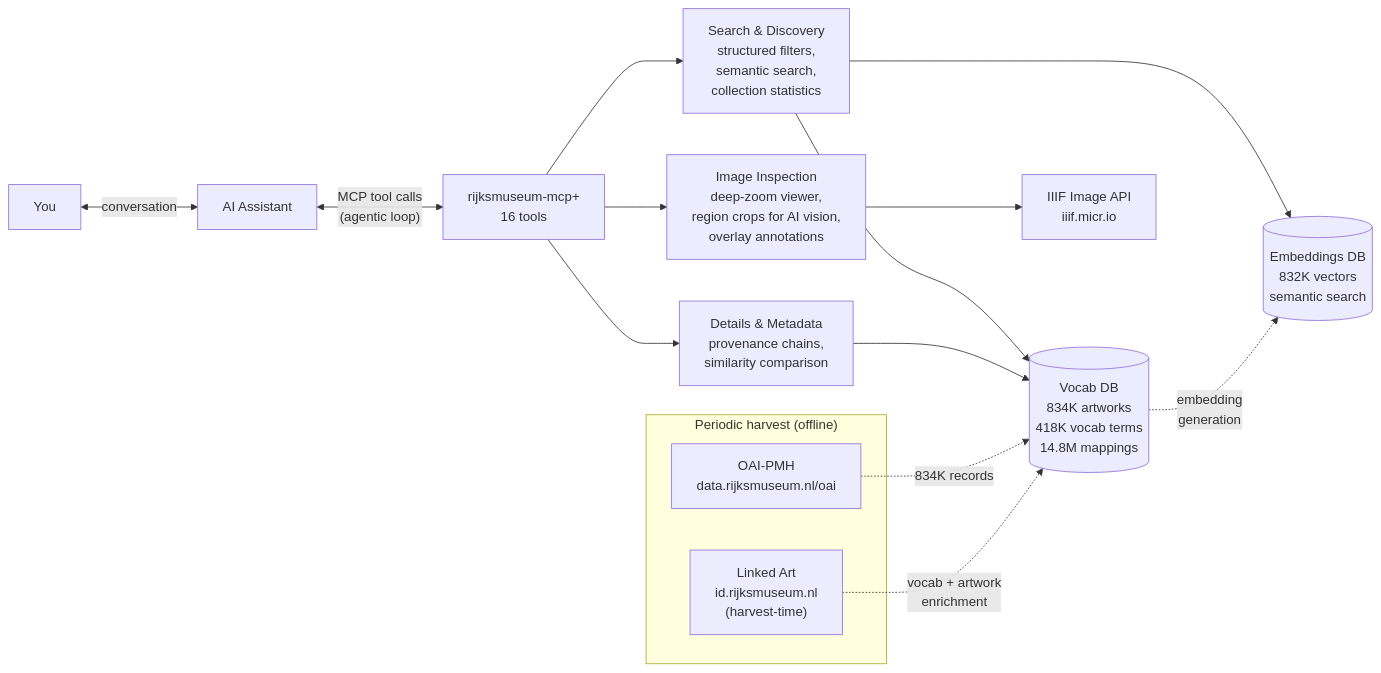
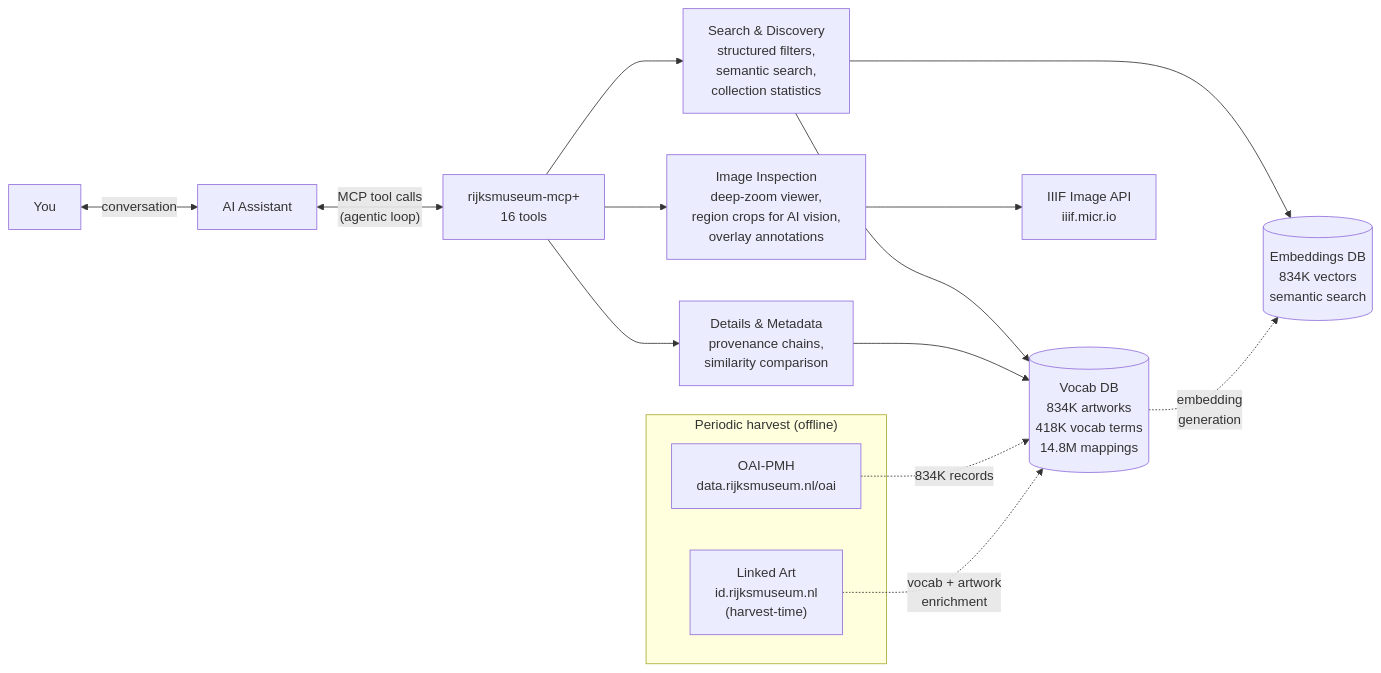
One commit to kintopp/rijksmuseum-mcp-plus changed the diagram in README.md. Above: the diagram before and after it, drawn with Mermaid.

Commit message:
docs: refresh embeddings vector count in architecture diagram (832K→834K)

````diff
--- a/README.md
+++ b/README.md
@@ -132,46 +132,46 @@
 ```mermaid
 flowchart LR
     User["You"] <-->|conversation| AI["AI Assistant"]
 
     AI <-->|"MCP tool calls
     (agentic loop)"| Server["rijksmuseum-mcp+
     16 tools"]
 
     Server --> Search["Search & Discovery
     structured filters,
     semantic search,
     collection statistics"]
 
     Server --> Details["Details & Metadata
     provenance chains,
     similarity comparison"]
 
     Server --> Images["Image Inspection
     deep-zoom viewer,
     region crops for AI vision,
     overlay annotations"]
 
     Search --> VocabDB[("Vocab DB
     834K artworks
     418K vocab terms
     14.8M mappings")]
     Search --> EmbeddingsDB[("Embeddings DB
-    832K vectors
+    834K vectors
     semantic search")]
     Details --> VocabDB
     Images --> IIIF["IIIF Image API
     iiif.micr.io"]
 
     subgraph Harvest ["Periodic harvest (offline)"]
         OAI["OAI-PMH
         data.rijksmuseum.nl/oai"]
         LA["Linked Art
         id.rijksmuseum.nl
         (harvest-time)"]
     end
     OAI -.->|"834K records"| VocabDB
     LA -.->|"vocab + artwork
     enrichment"| VocabDB
     VocabDB -.->|"embedding
     generation"| EmbeddingsDB
 ```
````
